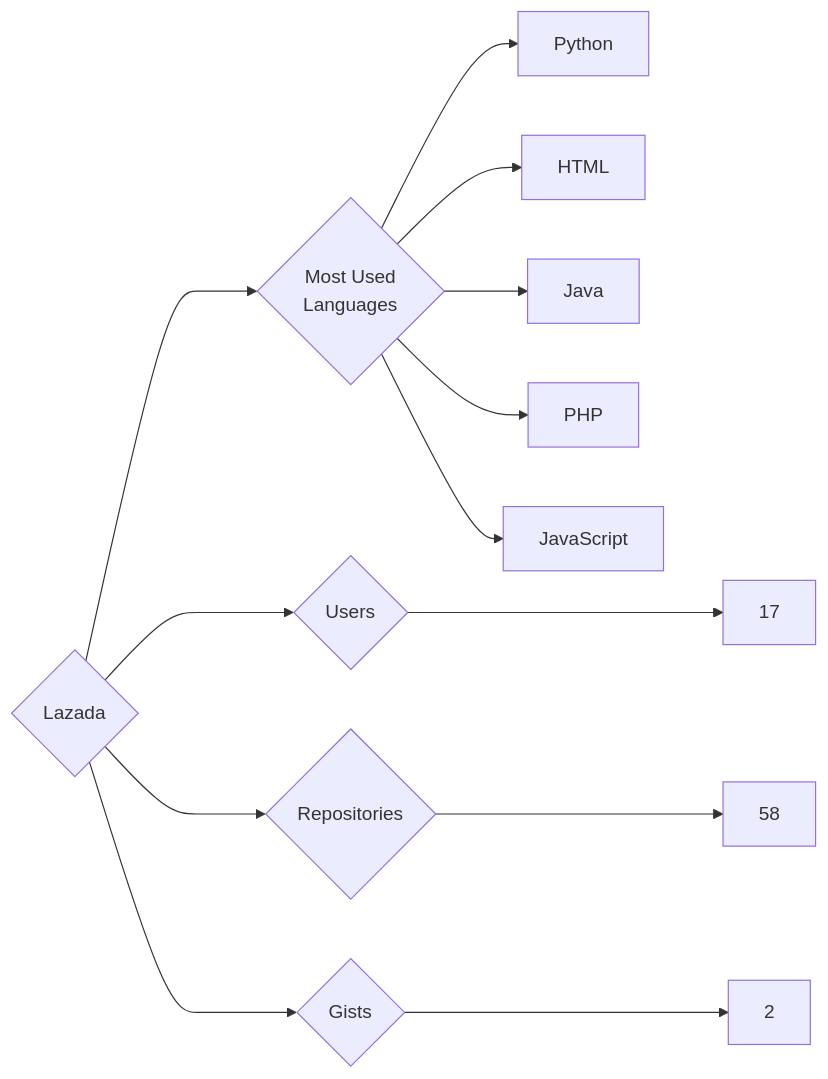
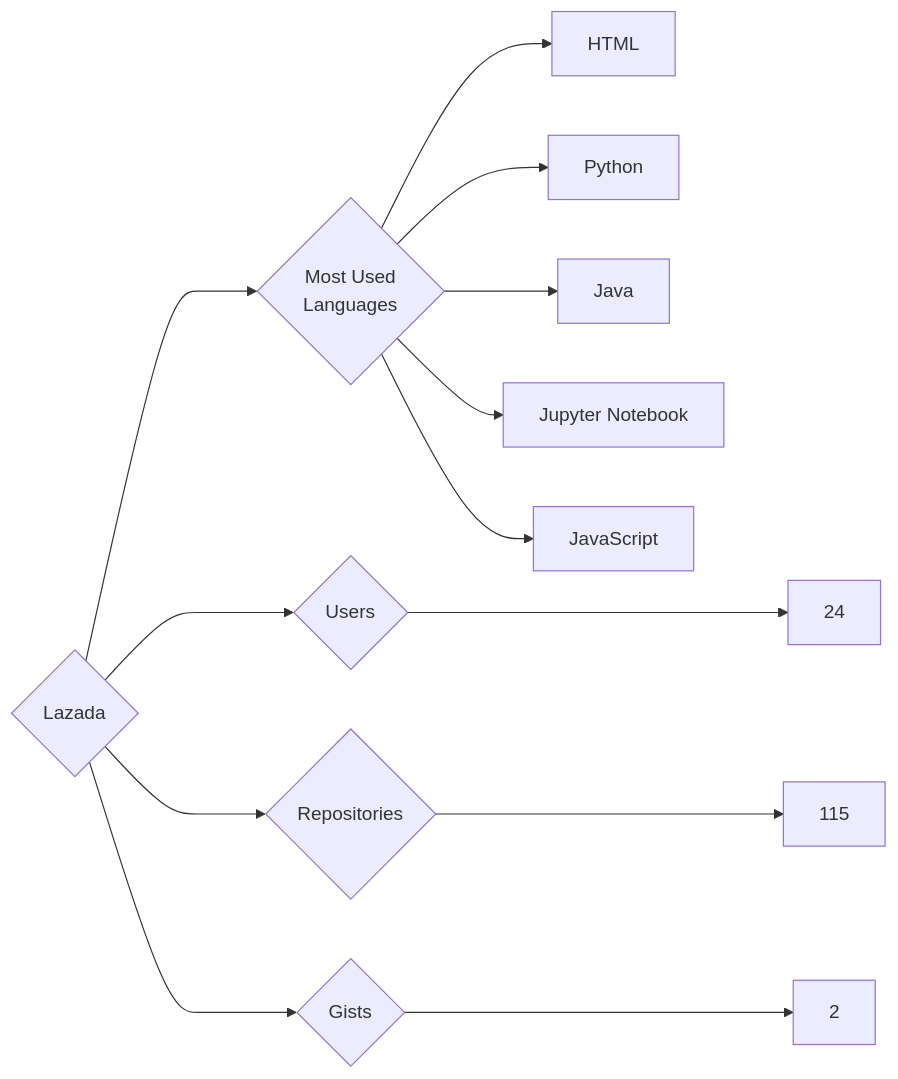
The diagram in targets/Lazada/README.md (trickest/insiders), drawn with Mermaid before and after one commit. The commit also changed 682 other files, not shown here.

````diff
--- a/targets/Lazada/README.md
+++ b/targets/Lazada/README.md
@@ -3,13 +3,13 @@
 ```mermaid
 graph LR
 COMPANY_NAME{Lazada}
-COMPANY_NAME ---> U{Users} ---> UN[17]
-COMPANY_NAME ---> R{Repositories} ---> RN[58]
+COMPANY_NAME ---> U{Users} ---> UN[24]
+COMPANY_NAME ---> R{Repositories} ---> RN[115]
 COMPANY_NAME ---> G{Gists} ---> GN[2]
 COMPANY_NAME ---> ML{Most Used<br>Languages}
+ML --> HTML[HTML]
 ML --> Python[Python]
-ML --> HTML[HTML]
 ML --> Java[Java]
-ML --> PHP[PHP]
+ML --> Jupyter_Notebook[Jupyter Notebook]
 ML --> JavaScript[JavaScript]
 ```
````
